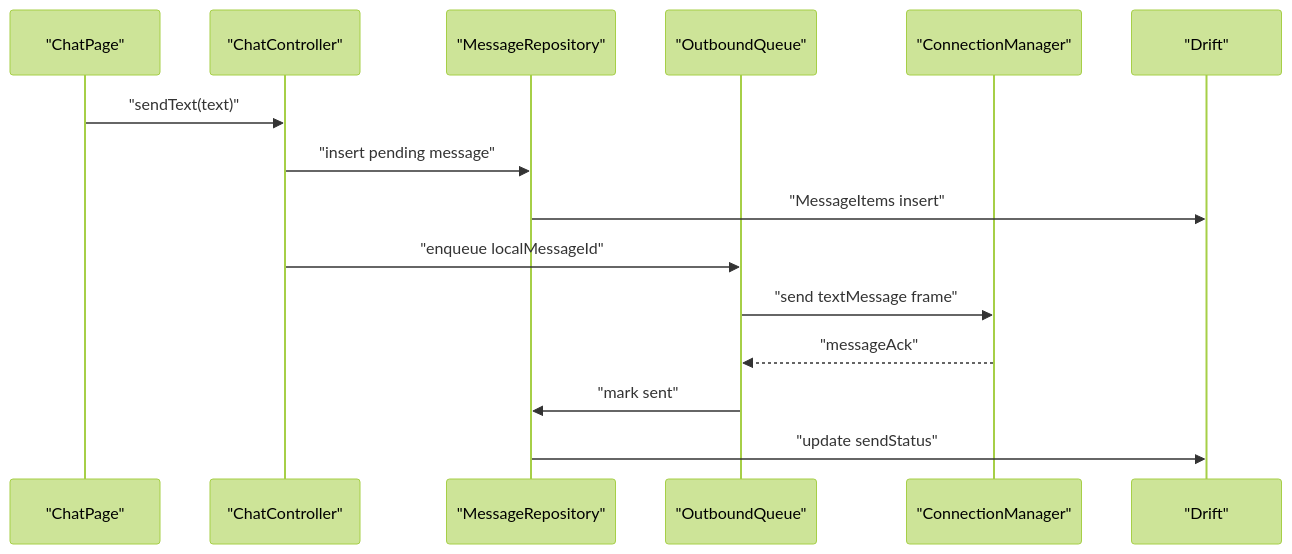
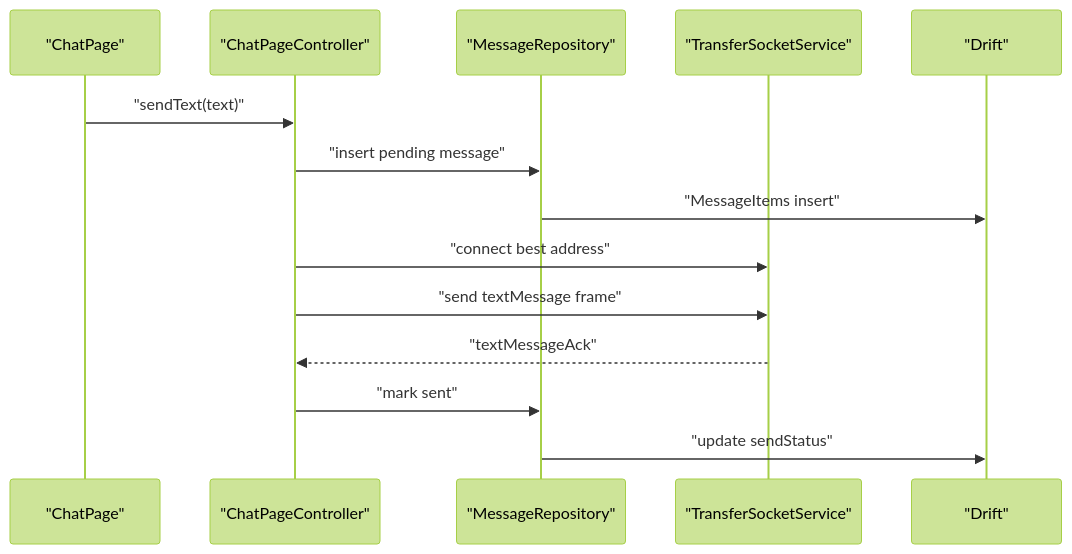
One commit to Dchll/hydrop changed the third of 3 diagrams in docs/architecture_design.md. Above: the diagram before and after it, drawn with Mermaid (forest theme). The commit also changed other lines of this file and 20 other files, not shown here.

````diff
--- a/docs/architecture_design.md
+++ b/docs/architecture_design.md
@@ -758,18 +763,17 @@
 ```mermaid
 sequenceDiagram
   participant UI as "ChatPage"
-  participant C as "ChatController"
+  participant C as "ChatPageController"
   participant R as "MessageRepository"
-  participant Q as "OutboundQueue"
-  participant M as "ConnectionManager"
+  participant S as "TransferSocketService"
   participant DB as "Drift"
 
   UI->>C: "sendText(text)"
   C->>R: "insert pending message"
   R->>DB: "MessageItems insert"
-  C->>Q: "enqueue localMessageId"
-  Q->>M: "send textMessage frame"
-  M-->>Q: "messageAck"
-  Q->>R: "mark sent"
+  C->>S: "connect best address"
+  C->>S: "send textMessage frame"
+  S-->>C: "textMessageAck"
+  C->>R: "mark sent"
   R->>DB: "update sendStatus"
 ```
````
